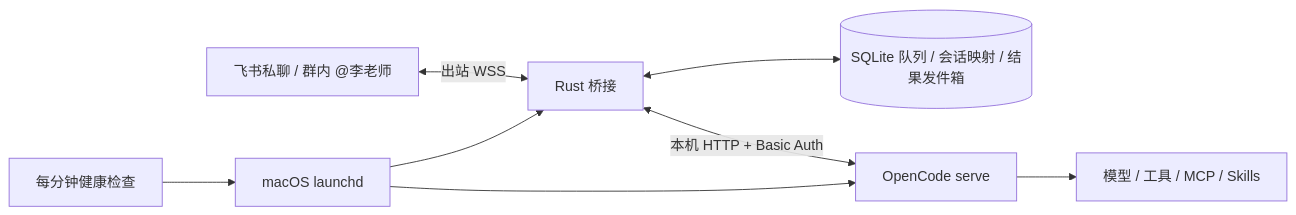
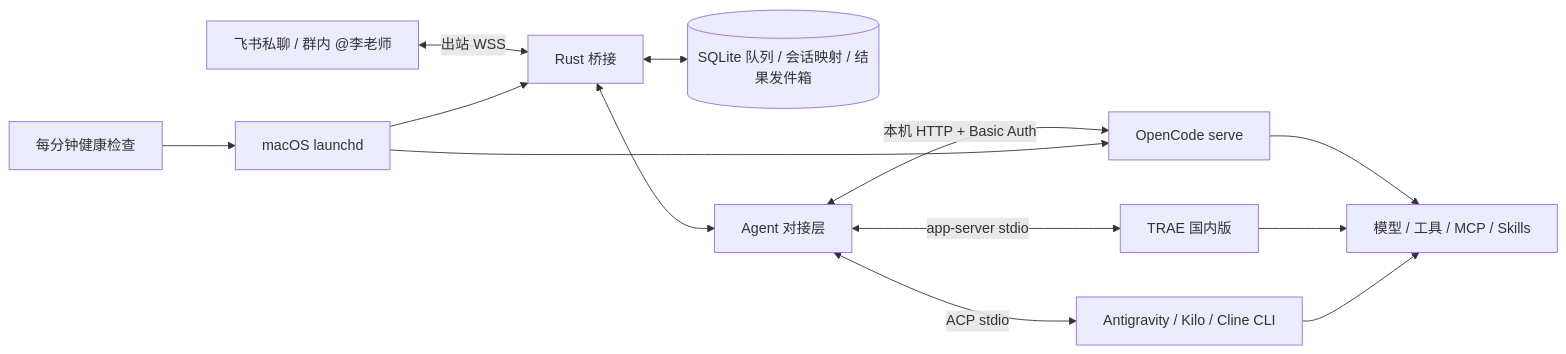
Before and after one commit to mnhkahn/mr-li: the diagram in README.md, drawn with Mermaid. The commit also changed other lines of this file and 25 other files, not shown here.

````diff
--- a/README.md
+++ b/README.md
@@ -5,10 +5,15 @@
 ```mermaid
 flowchart LR
     U[飞书私聊 / 群内 @李老师] <-->|出站 WSS| B[Rust 桥接]
     B <--> D[(SQLite 队列 / 会话映射 / 结果发件箱)]
-    B <-->|本机 HTTP + Basic Auth| O[OpenCode serve]
+    B <--> H[Agent 对接层]
+    H <-->|本机 HTTP + Basic Auth| O[OpenCode serve]
+    H <-->|app-server stdio| T[TRAE 国内版]
+    H <-->|ACP stdio| C[Antigravity / Kilo / Cline CLI]
     O --> A[模型 / 工具 / MCP / Skills]
+    T --> A
+    C --> A
     L[macOS launchd] --> B
     L --> O
     W[每分钟健康检查] --> L
 ```
````
